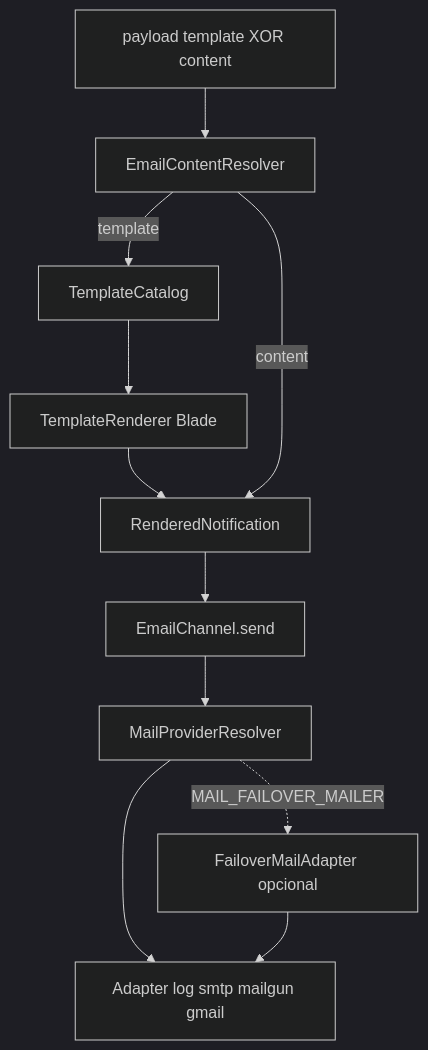
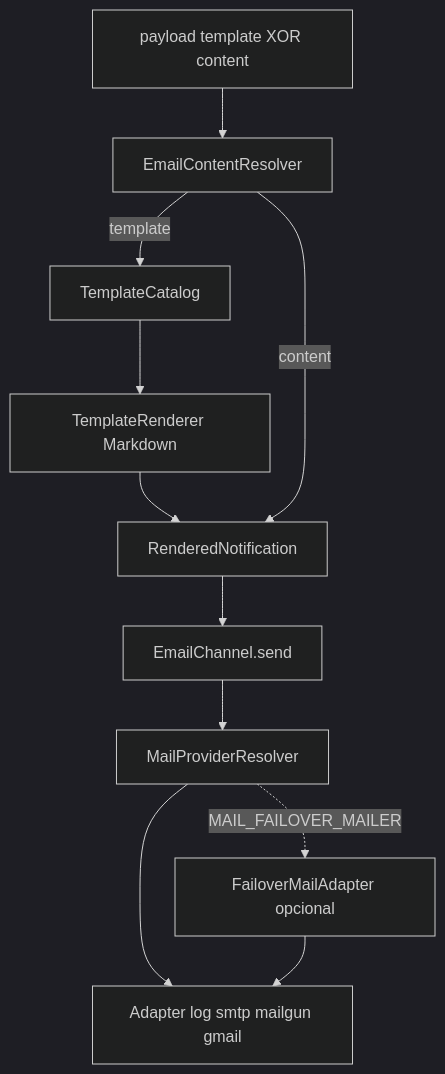
One commit to rafalejandrorh/laravel-notifications-microservice changed the third of 3 diagrams in docs/architecture.md. Above: the diagram before and after it, drawn with Mermaid (dark theme). The commit also changed other lines of this file and 26 other files, not shown here.

````diff
--- a/docs/architecture.md
+++ b/docs/architecture.md
@@ -115,18 +115,19 @@
 ```mermaid
 flowchart TD
   Payload[payload template XOR content]
   Resolver[EmailContentResolver]
   Catalog[TemplateCatalog]
-  Blade[TemplateRenderer Blade]
+  Blade[TemplateRenderer Markdown]
+
   Rendered[RenderedNotification]
   Send[EmailChannel.send]
   MailResolver[MailProviderResolver]
   Adapter[Adapter log smtp mailgun gmail]
   Failover[FailoverMailAdapter opcional]
 
   Payload --> Resolver
   Resolver -->|template| Catalog --> Blade --> Rendered
   Resolver -->|content| Rendered
   Rendered --> Send --> MailResolver --> Adapter
   MailResolver -.->|MAIL_FAILOVER_MAILER| Failover --> Adapter
 ```
````
